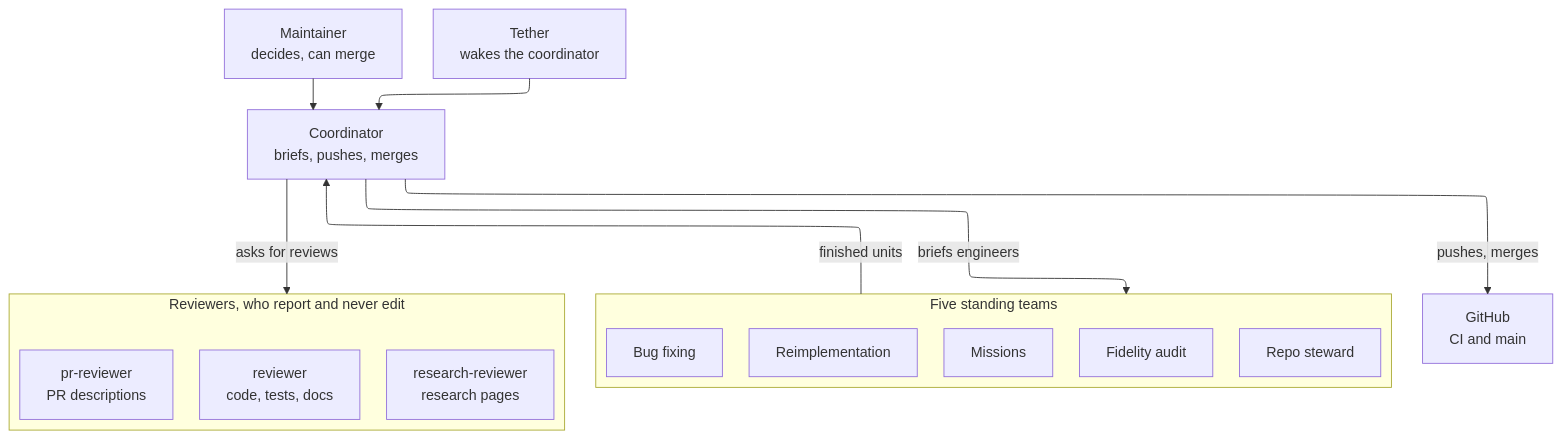
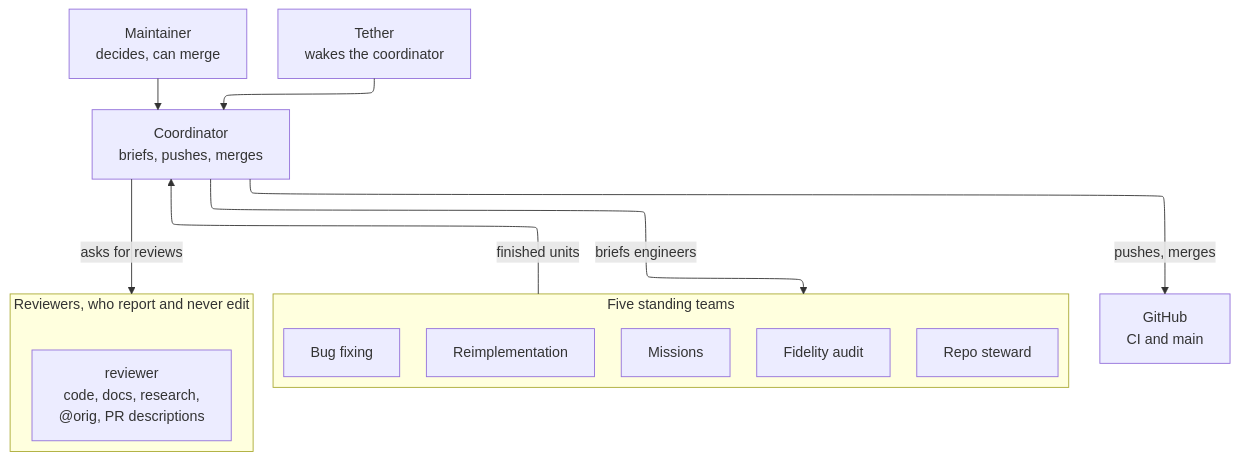
Before and after one commit to Ryubara/coney: the second of 3 diagrams in docs/guides/how-we-work.md, drawn with Mermaid. The commit also changed other lines of this file and 50 other files, not shown here.

````diff
--- a/docs/guides/how-we-work.md
+++ b/docs/guides/how-we-work.md
@@ -90,29 +87,27 @@
 ```mermaid
 ---
 config:
   layout: elk
 ---
 flowchart TB
   maint["Maintainer<br/>decides, can merge"]
   tether["Tether<br/>wakes the coordinator"]
   coord["Coordinator<br/>briefs, pushes, merges"]
   subgraph teams ["Five standing teams"]
     reimpl["Reimplementation"]
     missions["Missions"]
     bugs["Bug fixing"]
     audit["Fidelity audit"]
     steward["Repo steward"]
   end
   subgraph rev ["Reviewers, who report and never edit"]
-    r1["reviewer<br/>code, tests, docs"]
-    r2["research-reviewer<br/>research pages"]
-    r3["pr-reviewer<br/>PR descriptions"]
+    r1["reviewer<br/>code, docs, research,<br/>@orig, PR descriptions"]
   end
   gh["GitHub<br/>CI and main"]
   maint --> coord
   tether --> coord
   coord -- "briefs engineers" --> teams
   teams -- "finished units" --> coord
   coord -- "asks for reviews" --> rev
   coord -- "pushes, merges" --> gh
 ```
````
